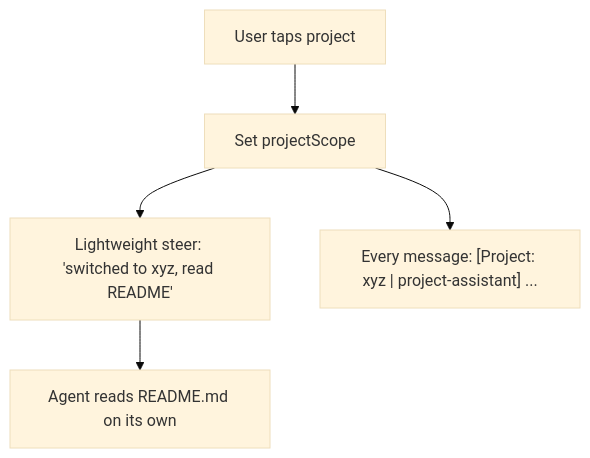
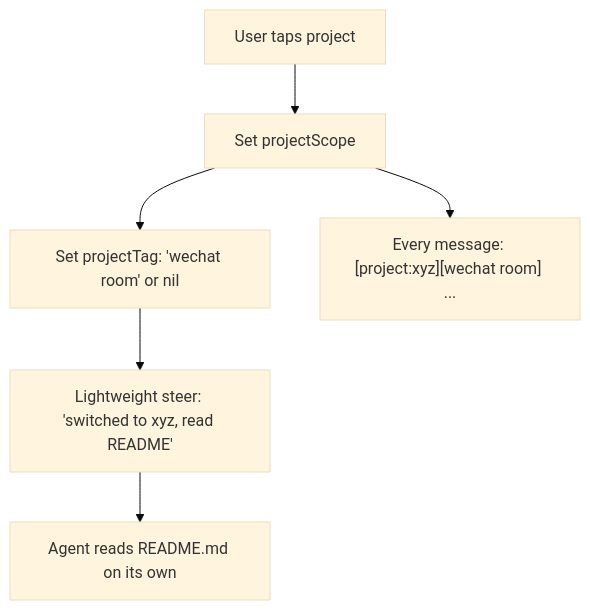
The diagram in docs/project-context-switch.md (lalalic/neox), drawn with Mermaid (base theme) before and after one commit. The commit also changed other lines of this file and 2 other files, not shown here.

Commit message:
refactor: simplify project context - projectTag + buildProjectTag for wechat channel

````diff
--- a/docs/project-context-switch.md
+++ b/docs/project-context-switch.md
@@ -135,7 +136,8 @@
 ```mermaid
 graph TD
     A[User taps project] --> B[Set projectScope]
-    B --> C["Lightweight steer: 'switched to xyz, read README'"]
-    C --> D[Agent reads README.md on its own]
-    B --> E["Every message: [Project: xyz | project-assistant] ..."]
+    B --> C["Set projectTag: 'wechat room' or nil"]
+    C --> D["Lightweight steer: 'switched to xyz, read README'"]
+    D --> E[Agent reads README.md on its own]
+    B --> F["Every message: [project:xyz][wechat room] ..."]
 ```
````
